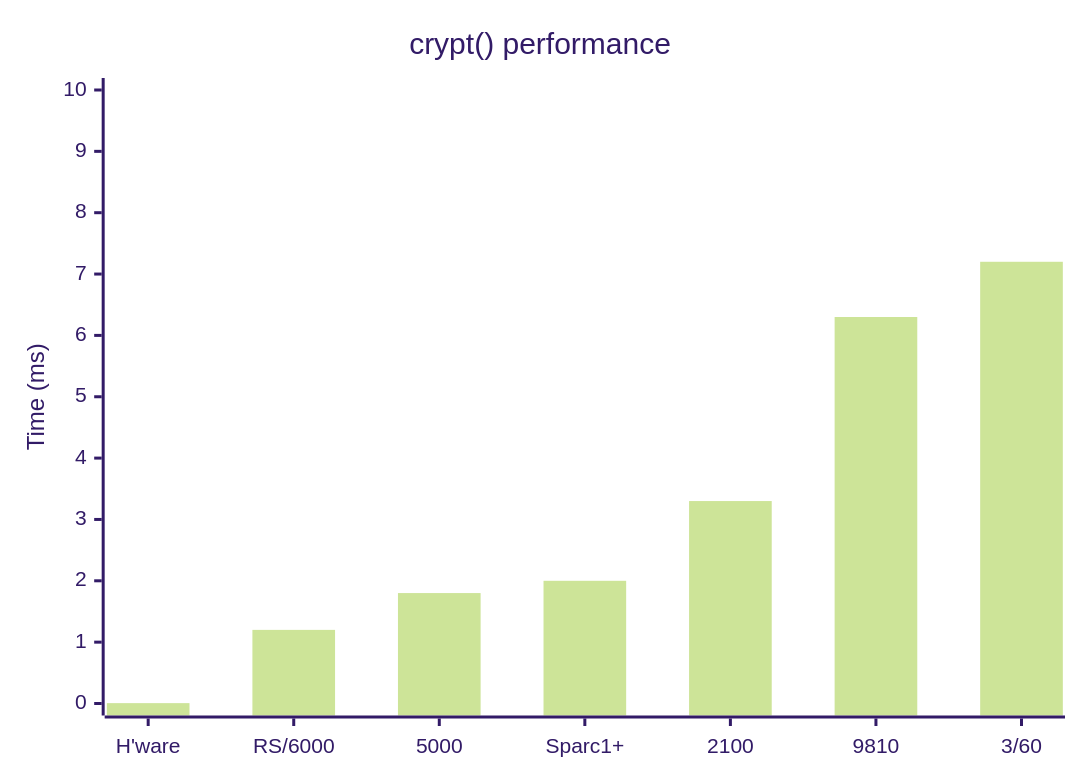
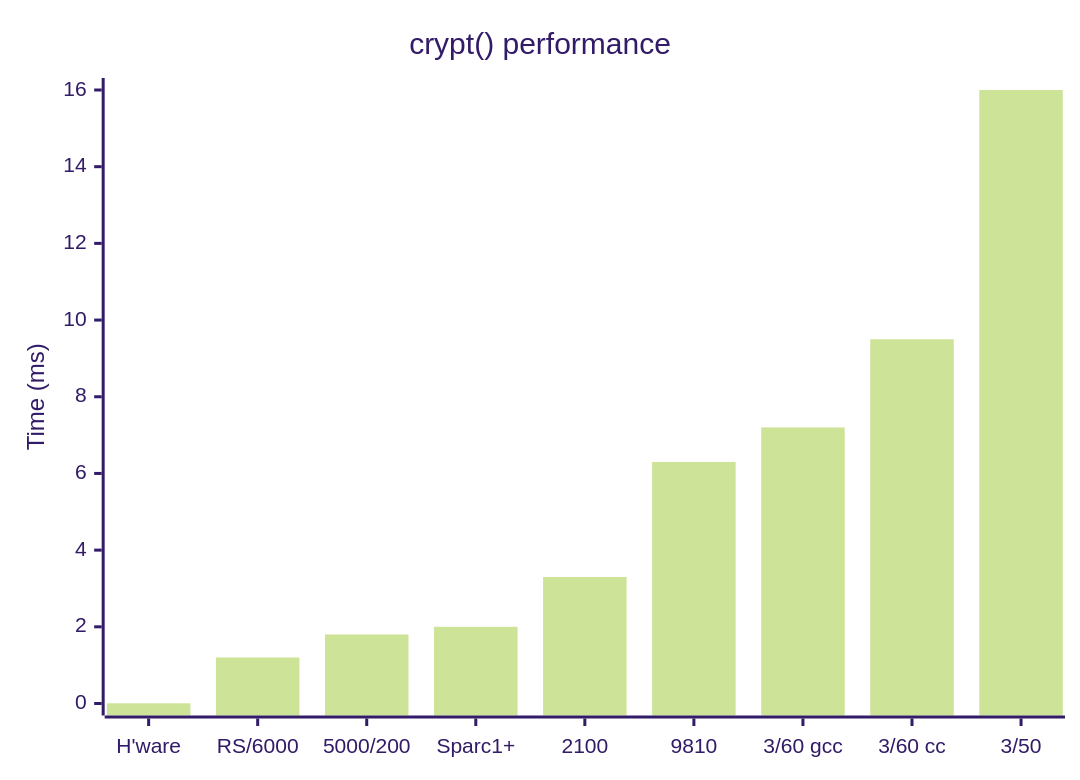
One commit to hellotham/spotlite changed the sixth of 6 diagrams in src/content/article/crypt-usenix91.md. Above: the diagram before and after it, drawn with Mermaid (forest theme). The commit also changed other lines of this file and 2 other files, not shown here.

````diff
--- a/src/content/article/crypt-usenix91.md
+++ b/src/content/article/crypt-usenix91.md
@@ -602,7 +602,7 @@
 ```mermaid
 xychart-beta
     title "crypt() performance"
-    x-axis ["H'ware", "RS/6000", "5000", "Sparc1+", "2100", "9810", "3/60"]
-    y-axis "Time (ms)" 0 --> 10
-    bar [0.006, 1.2, 1.8, 2.0, 3.3, 6.3, 7.2]
+    x-axis ["H'ware", "RS/6000", "5000/200", "Sparc1+", "2100", "9810", "3/60 gcc", "3/60 cc", "3/50"]
+    y-axis "Time (ms)" 0 --> 16
+    bar [0.006, 1.2, 1.8, 2.0, 3.3, 6.3, 7.2, 9.5, 16.0]
 ```
````
